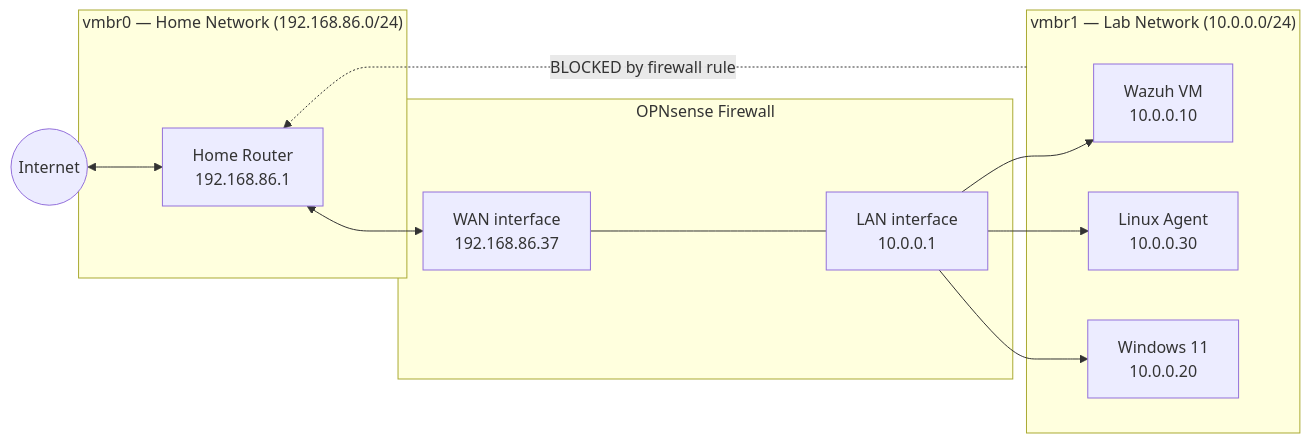
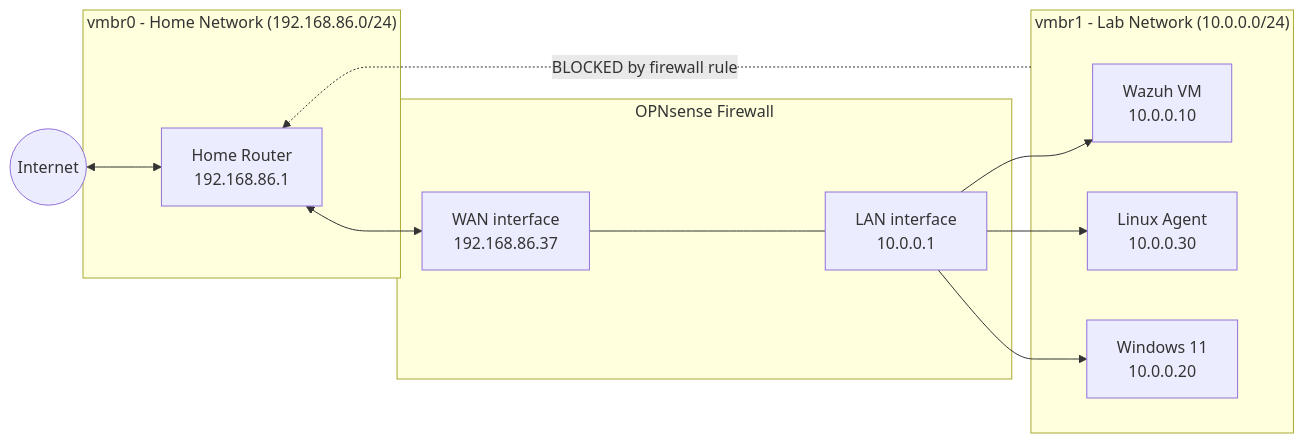
One commit to tahmidislam2003/opnsense-firewall-lab changed the diagram in README.md. Above: the diagram before and after it, drawn with Mermaid. The commit also changed other lines of this file, not shown here.

````diff
--- a/README.md
+++ b/README.md
@@ -9,27 +9,27 @@
 ```mermaid
 graph LR
     Internet((Internet))
 
-    subgraph home["vmbr0 — Home Network (192.168.86.0/24)"]
+    subgraph home["vmbr0 - Home Network (192.168.86.0/24)"]
         Router[Home Router<br/>192.168.86.1]
     end
 
     subgraph fw["OPNsense Firewall"]
         WAN[WAN interface<br/>192.168.86.37]
         LAN[LAN interface<br/>10.0.0.1]
     end
 
-    subgraph lab["vmbr1 — Lab Network (10.0.0.0/24)"]
+    subgraph lab["vmbr1 - Lab Network (10.0.0.0/24)"]
         Wazuh[Wazuh VM<br/>10.0.0.10]
         Linux[Linux Agent<br/>10.0.0.30]
         Win[Windows 11<br/>10.0.0.20]
     end
 
     Internet <--> Router
     Router <--> WAN
     WAN --- LAN
     LAN --> Wazuh
     LAN --> Linux
     LAN --> Win
     lab -. "BLOCKED by firewall rule" .-> Router
 ```
````
